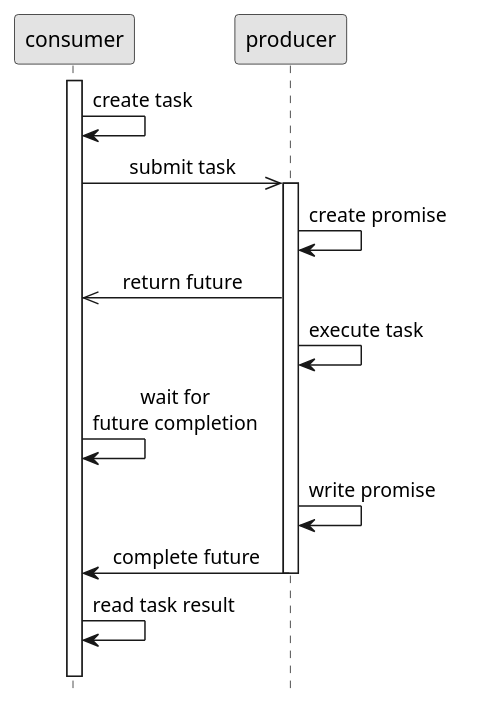
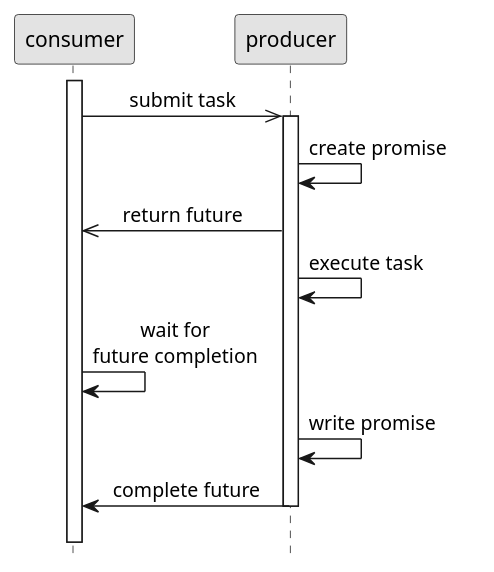
The diagram in images/future and promise.puml (ti-cortex-m4/demo-java-completablefuture), drawn with PlantUML before and after one commit. The commit also changed 4 other files, not shown here.

```diff
--- a/images/future and promise.puml
+++ b/images/future and promise.puml
@@ -1,24 +1,22 @@
 @startuml
 scale 1.0
 hide footbox
 skinparam monochrome true
 skinparam defaultFontName Source Sans Pro
 skinparam titleFontSize 15
 skinparam sequenceMessageAlign center
 
 activate consumer
-consumer->consumer: create task
 consumer->>producer: submit task
 activate producer
 producer->producer: create promise
 producer->>consumer: return future
 producer->producer: execute task
 consumer->consumer: wait for\nfuture completion
 producer->producer: write promise
 producer->consumer: complete future
 deactivate producer
-consumer->consumer: read task result
 
 ||1||
 producer -[#white]->]
 @enduml
```
